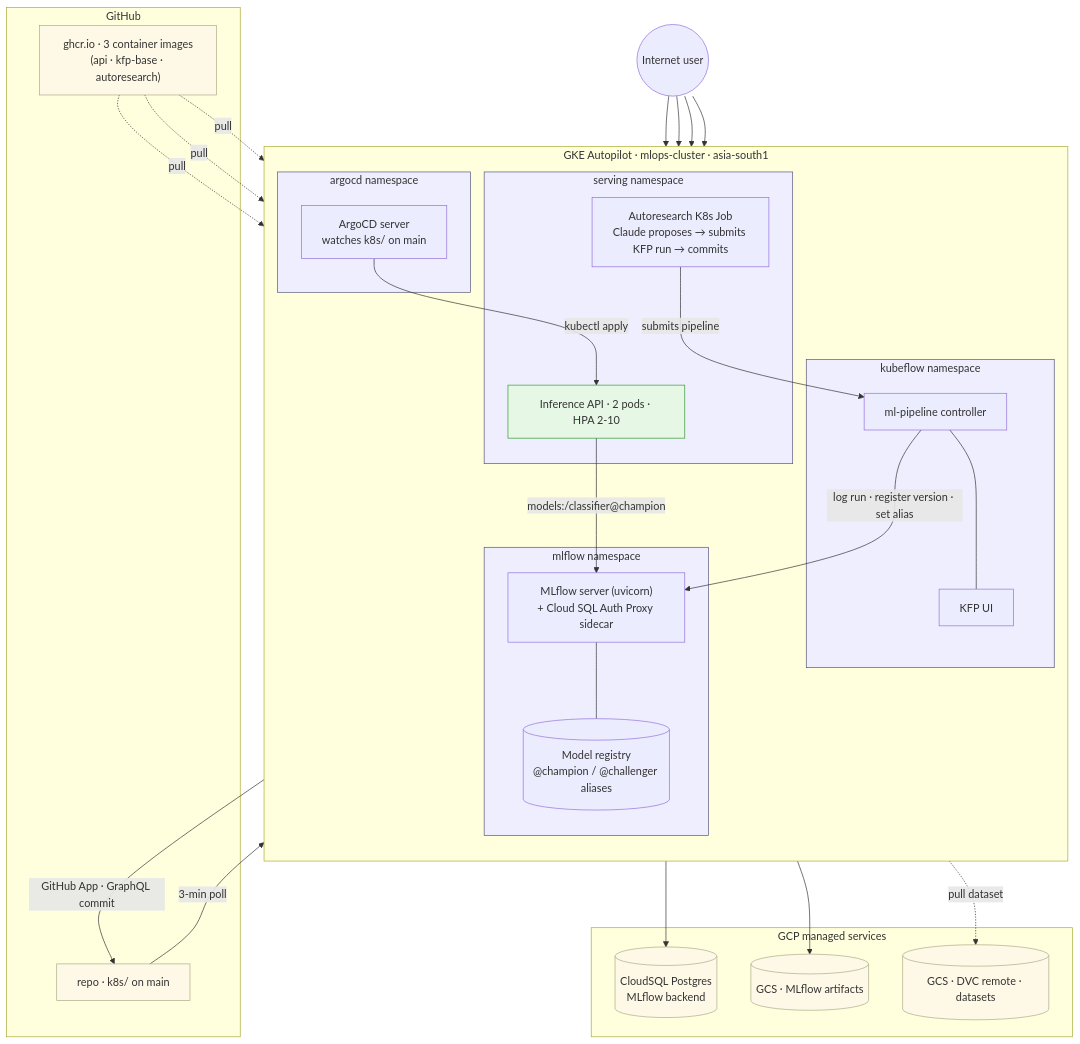
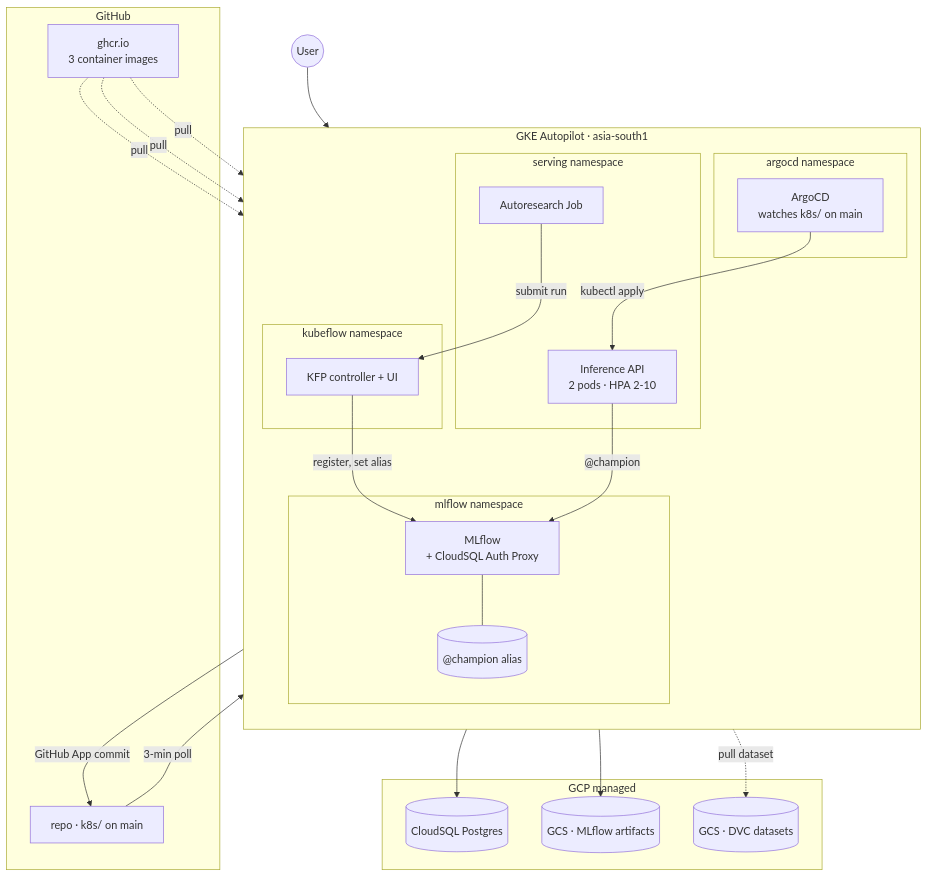
One commit to my-neme-eh-jeff/ML-deployment-system-for-autoresearch changed the first of 2 diagrams in README.md. Above: the diagram before and after it, drawn with Mermaid. The commit also changed other lines of this file, not shown here.

Commit message:
docs(readme): drop pastel classDef colors, remove live IPs, tighten layout [skip ci]

````diff
--- a/README.md
+++ b/README.md
@@ -49,68 +56,55 @@
 ```mermaid
 flowchart TB
-    classDef ns fill:#eef,stroke:#557,stroke-width:1px;
-    classDef ext fill:#fef9e7,stroke:#aa8;
-    classDef api fill:#e6f7e6,stroke:#393;
+    Internet((User))
 
-    Internet((Internet user))
-
-    subgraph GKE["GKE Autopilot · mlops-cluster · asia-south1"]
+    subgraph GKE["GKE Autopilot · asia-south1"]
         direction TB
 
         subgraph SERVE["serving namespace"]
-            API["Inference API · 2 pods · HPA 2-10"]:::api
-            JOB["Autoresearch K8s Job<br/>Claude proposes → submits KFP run → commits"]
+            API["Inference API<br/>2 pods · HPA 2-10"]
+            JOB["Autoresearch Job"]
         end
-        SERVE:::ns
 
         subgraph MLNS["mlflow namespace"]
-            MLF["MLflow server (uvicorn)<br/>+ Cloud SQL Auth Proxy sidecar"]
-            REG[("Model registry<br/>@champion / @challenger aliases")]
+            MLF["MLflow<br/>+ CloudSQL Auth Proxy"]
+            REG[("@champion alias")]
             MLF --- REG
         end
-        MLNS:::ns
 
         subgraph KFNS["kubeflow namespace"]
-            KFPCTL["ml-pipeline controller"]
-            KFPUI["KFP UI"]
-            KFPCTL --- KFPUI
+            KFP["KFP controller + UI"]
         end
-        KFNS:::ns
 
         subgraph AR["argocd namespace"]
-            ARGO["ArgoCD server<br/>watches k8s/ on main"]
+            ARGO["ArgoCD<br/>watches k8s/ on main"]
         end
-        AR:::ns
     end
 
-    subgraph GCP["GCP managed services"]
-        CSQL[("CloudSQL Postgres<br/>MLflow backend")]:::ext
-        GCSART[("GCS · MLflow artifacts")]:::ext
-        GCSDVC[("GCS · DVC remote · datasets")]:::ext
+    subgraph GCP["GCP managed"]
+        CSQL[("CloudSQL Postgres")]
+        GCSART[("GCS · MLflow artifacts")]
+        GCSDVC[("GCS · DVC datasets")]
     end
 
     subgraph GH["GitHub"]
-        REPO["repo · k8s/ on main"]:::ext
-        GHCR["ghcr.io · 3 container images<br/>(api · kfp-base · autoresearch)"]:::ext
+        REPO["repo · k8s/ on main"]
+        GHCR["ghcr.io<br/>3 container images"]
     end
 
     Internet --> API
-    Internet --> MLF
-    Internet --> KFPUI
-    Internet --> ARGO
 
-    JOB -->|submits pipeline| KFPCTL
-    KFPCTL -->|log run · register version · set alias| MLF
-    KFPCTL -.->|pull dataset| GCSDVC
+    JOB -->|submit run| KFP
+    KFP -->|register, set alias| MLF
+    KFP -.->|pull dataset| GCSDVC
     MLF --> CSQL
     MLF --> GCSART
 
-    JOB -->|GitHub App · GraphQL commit| REPO
+    JOB -->|GitHub App commit| REPO
     REPO -->|3-min poll| ARGO
     ARGO -->|kubectl apply| API
-    API -->|"models:/classifier@champion"| MLF
+    API -->|"@champion"| MLF
 
     GHCR -. pull .-> API
-    GHCR -. pull .-> KFPCTL
+    GHCR -. pull .-> KFP
     GHCR -. pull .-> JOB
 ```
````
